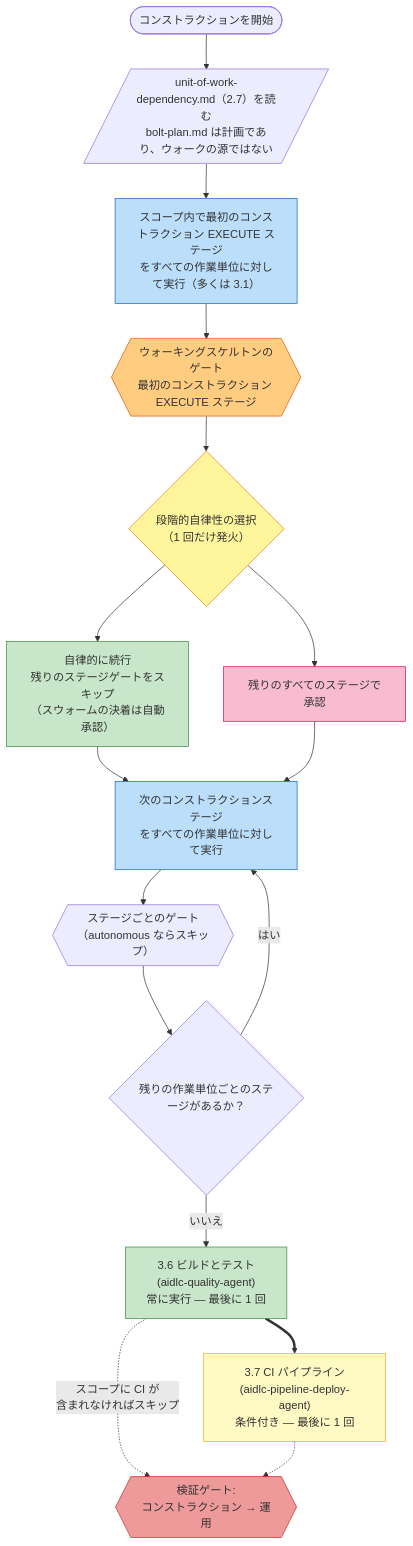
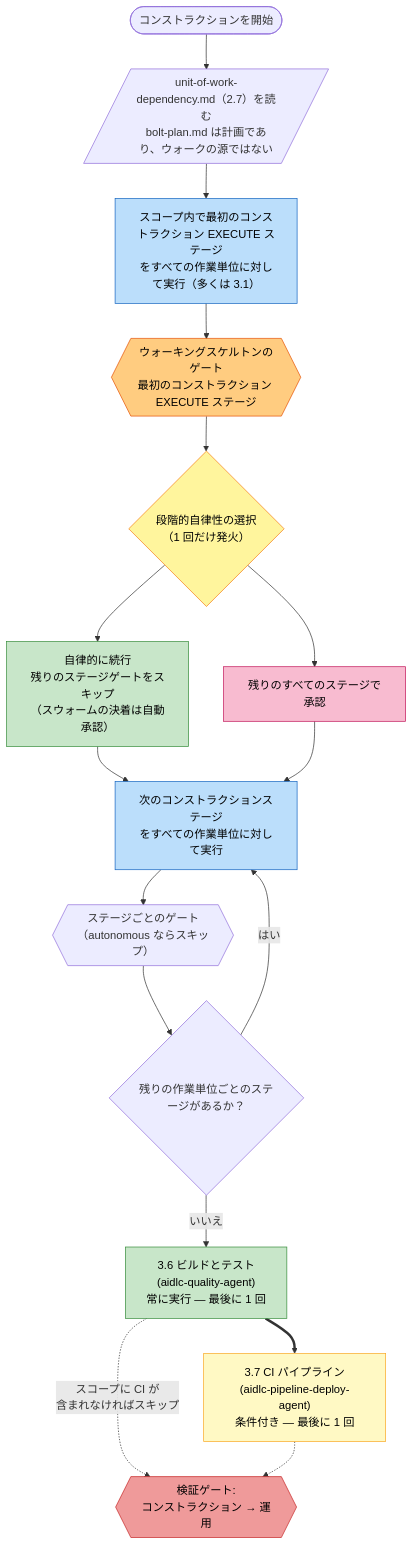
One commit to otomatty/aidlc-guide changed the fourth of 6 diagrams in docs/guide/ja/04-phases-and-stages.md. Above: the diagram before and after it, drawn with Mermaid. The commit also changed other lines of this file and 321 other files, not shown here.

````diff
--- a/docs/guide/ja/04-phases-and-stages.md
+++ b/docs/guide/ja/04-phases-and-stages.md
@@ -229,43 +229,43 @@
 ```mermaid
 flowchart TD
     START(["コンストラクションを開始"])
     READ[/"unit-of-work-dependency.md（2.7）を読む\nbolt-plan.md は計画であり、ウォークの源ではない"/]
 
     STAGE1["スコープ内で最初のコンストラクション EXECUTE ステージ\nをすべての作業単位に対して実行（多くは 3.1）"]
     GATE1{{"ウォーキングスケルトンのゲート\n最初のコンストラクション EXECUTE ステージ"}}
 
     LADDER{"段階的自律性の選択\n（1 回だけ発火）"}
     MODE_AUTO["自律的に続行\n残りのステージゲートをスキップ\n（スウォームの決着は自動承認）"]
     MODE_GATED["残りのすべてのステージで承認"]
 
     NEXT["次のコンストラクションステージ\nをすべての作業単位に対して実行"]
     GATE_N{{"ステージごとのゲート\n（autonomous ならスキップ）"}}
     MORE{"残りの作業単位ごとのステージがあるか？"}
 
     S36["3.6 ビルドとテスト\n(aidlc-quality-agent)\n常に実行 — 最後に 1 回"]
     S37["3.7 CI パイプライン\n(aidlc-pipeline-deploy-agent)\n条件付き — 最後に 1 回"]
     VG3{{"検証ゲート:\nコンストラクション → 運用"}}
 
     START --> READ --> STAGE1 --> GATE1 --> LADDER
     LADDER --> MODE_AUTO
     LADDER --> MODE_GATED
     MODE_AUTO --> NEXT
     MODE_GATED --> NEXT
     NEXT --> GATE_N
     GATE_N --> MORE
     MORE -->|"はい"| NEXT
     MORE -->|"いいえ"| S36
     S36 ==> S37
     S36 -.->|"スコープに CI が\n含まれなければスキップ"| VG3
     S37 -.-> VG3
 
-    style STAGE1 fill:#bbdefb,stroke:#1565c0
-    style GATE1 fill:#ffcc80,stroke:#e65100
-    style LADDER fill:#fff59d,stroke:#f57f17
-    style MODE_AUTO fill:#c8e6c9,stroke:#388e3c
-    style MODE_GATED fill:#f8bbd0,stroke:#c2185b
-    style NEXT fill:#bbdefb,stroke:#1565c0
-    style S36 fill:#c8e6c9,stroke:#388e3c
-    style S37 fill:#fff9c4,stroke:#f9a825
-    style VG3 fill:#ef9a9a,stroke:#c62828
+    style STAGE1 fill:#bbdefb,stroke:#1565c0,color:#000
+    style GATE1 fill:#ffcc80,stroke:#e65100,color:#000
+    style LADDER fill:#fff59d,stroke:#f57f17,color:#000
+    style MODE_AUTO fill:#c8e6c9,stroke:#388e3c,color:#000
+    style MODE_GATED fill:#f8bbd0,stroke:#c2185b,color:#000
+    style NEXT fill:#bbdefb,stroke:#1565c0,color:#000
+    style S36 fill:#c8e6c9,stroke:#388e3c,color:#000
+    style S37 fill:#fff9c4,stroke:#f9a825,color:#000
+    style VG3 fill:#ef9a9a,stroke:#c62828,color:#000
 ```
````
